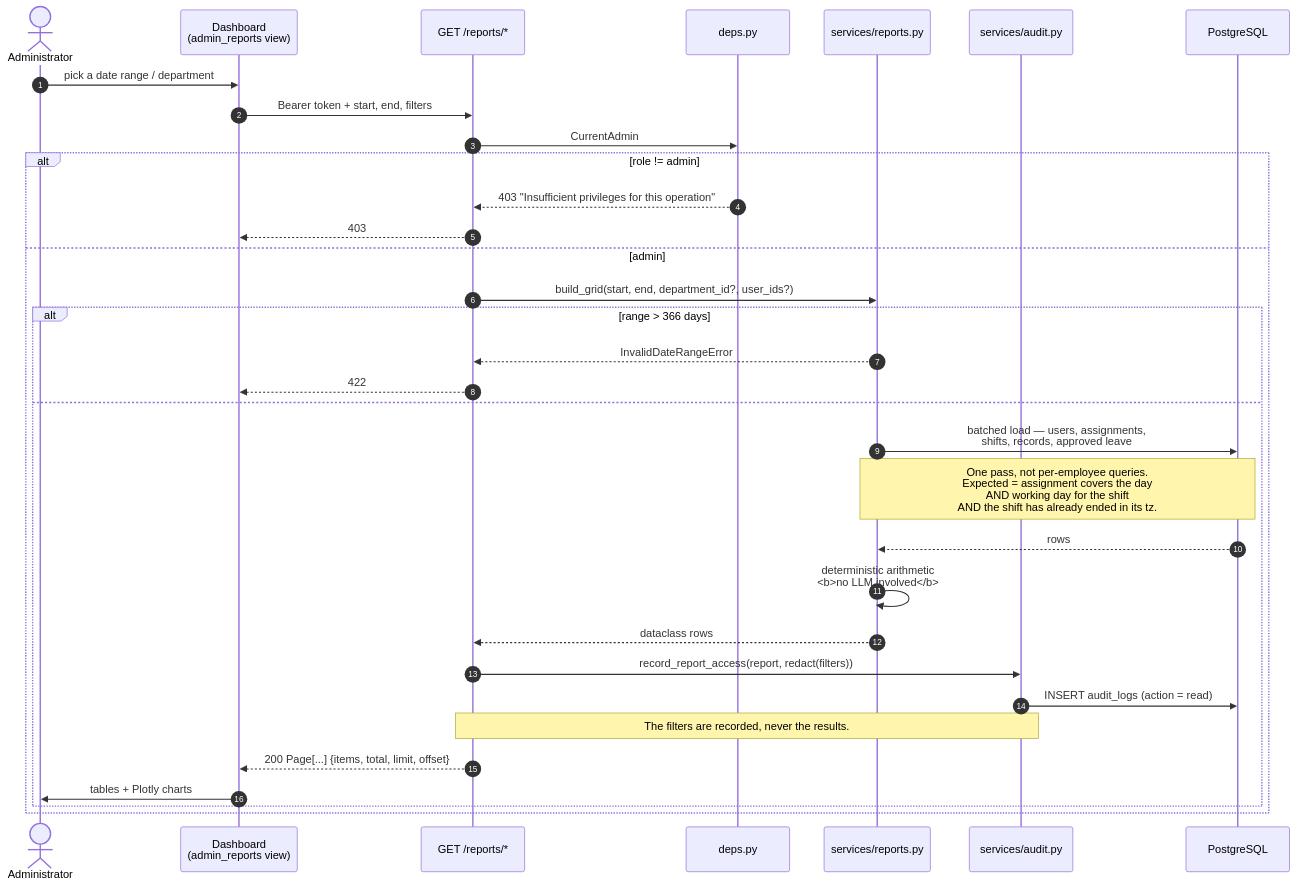
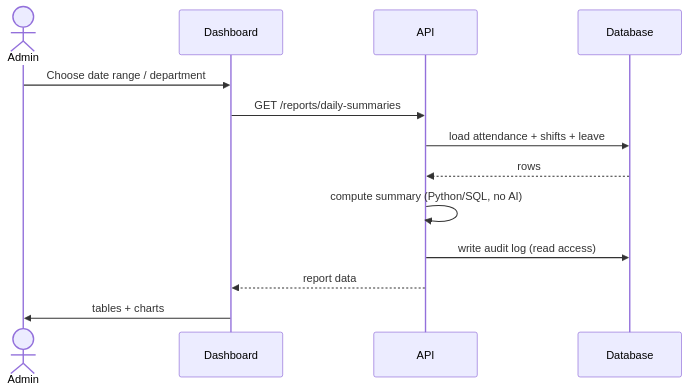
One commit to Tanuj26Rajput/attendance-management-platform changed the second of 3 diagrams in docs/diagrams/sequence-diagrams.md. Above: the diagram before and after it, drawn with Mermaid. The commit also changed other lines of this file and 7 other files, not shown here.

Commit message:
updated diagrams

````diff
--- a/docs/diagrams/sequence-diagrams.md
+++ b/docs/diagrams/sequence-diagrams.md
@@ -166,36 +31,16 @@
 ```mermaid
 sequenceDiagram
-    autonumber
-    actor AD as Administrator
-    participant S as Dashboard<br/>(admin_reports view)
-    participant R as GET /reports/*
-    participant D as deps.py
-    participant RP as services/reports.py
-    participant AU as services/audit.py
-    participant DB as PostgreSQL
+    actor A as Admin
+    participant S as Dashboard
+    participant API as API
+    participant DB as Database
 
-    AD->>S: pick a date range / department
-    S->>R: Bearer token + start, end, filters
-    R->>D: CurrentAdmin
-    alt role != admin
-        D-->>R: 403 "Insufficient privileges for this operation"
-        R-->>S: 403
-    else admin
-        R->>RP: build_grid(start, end, department_id?, user_ids?)
-        alt range > 366 days
-            RP-->>R: InvalidDateRangeError
-            R-->>S: 422
-        else
-            RP->>DB: batched load — users, assignments,<br/>shifts, records, approved leave
-            Note over RP,DB: One pass, not per-employee queries.<br/>Expected = assignment covers the day<br/>AND working day for the shift<br/>AND the shift has already ended in its tz.
-            DB-->>RP: rows
-            RP->>RP: deterministic arithmetic<br/><b>no LLM involved</b>
-            RP-->>R: dataclass rows
-            R->>AU: record_report_access(report, redact(filters))
-            AU->>DB: INSERT audit_logs (action = read)
-            Note over R,AU: The filters are recorded, never the results.
-            R-->>S: 200 Page[...] {items, total, limit, offset}
-            S->>AD: tables + Plotly charts
-        end
-    end
+    A->>S: Choose date range / department
+    S->>API: GET /reports/daily-summaries
+    API->>DB: load attendance + shifts + leave
+    DB-->>API: rows
+    API->>API: compute summary (Python/SQL, no AI)
+    API->>DB: write audit log (read access)
+    API-->>S: report data
+    S->>A: tables + charts
 ```
````
